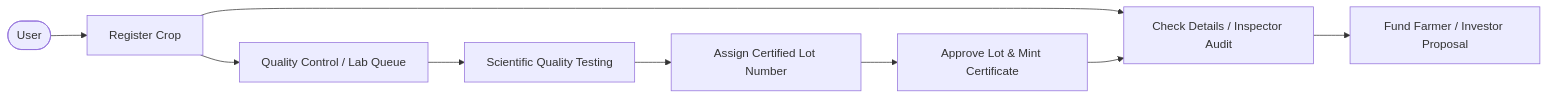
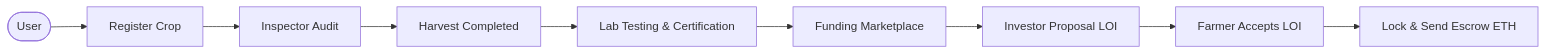
The first of 7 diagrams in workflow.md (Vedansh-Harish-Ail/AgroChain), drawn with Mermaid before and after one commit. The commit also changed other lines of this file and 1 other file, not shown here.

````diff
--- a/workflow.md
+++ b/workflow.md
@@ -9,13 +9,11 @@
 ```mermaid
 flowchart LR
     User([User]) --> Register[Register Crop]
-    Register --> CheckDetails[Check Details / Inspector Audit]
-    CheckDetails --> FundFarmer[Fund Farmer / Investor Proposal]
-    
-    Register --> QualityControl[Quality Control / Lab Queue]
-    QualityControl --> Testing[Scientific Quality Testing]
-    Testing --> AssignLot[Assign Certified Lot Number]
-    AssignLot --> ApproveLot[Approve Lot & Mint Certificate]
-    
-    ApproveLot --> CheckDetails
+    Register --> InspectorAudit[Inspector Audit]
+    InspectorAudit --> Harvest[Harvest Completed]
+    Harvest --> LabCert[Lab Testing & Certification]
+    LabCert --> FundingMarket[Funding Marketplace]
+    FundingMarket --> InvestorProposal[Investor Proposal LOI]
+    InvestorProposal --> AcceptProposal[Farmer Accepts LOI]
+    AcceptProposal --> EscrowFund[Lock & Send Escrow ETH]
 ```
````
